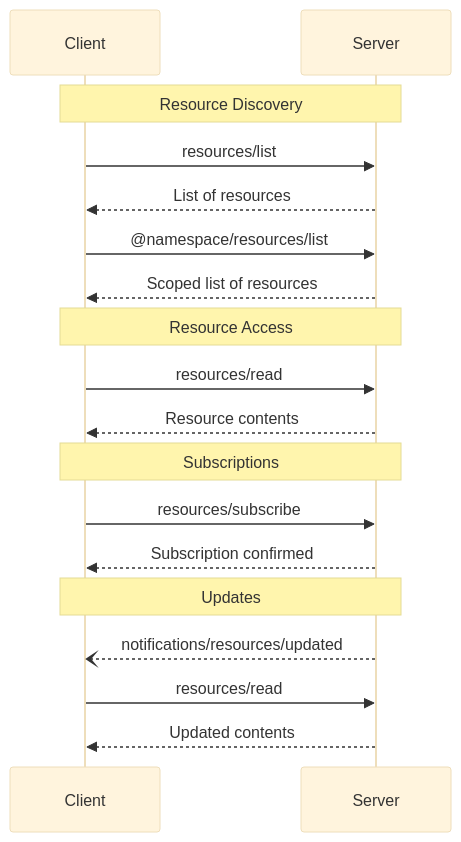
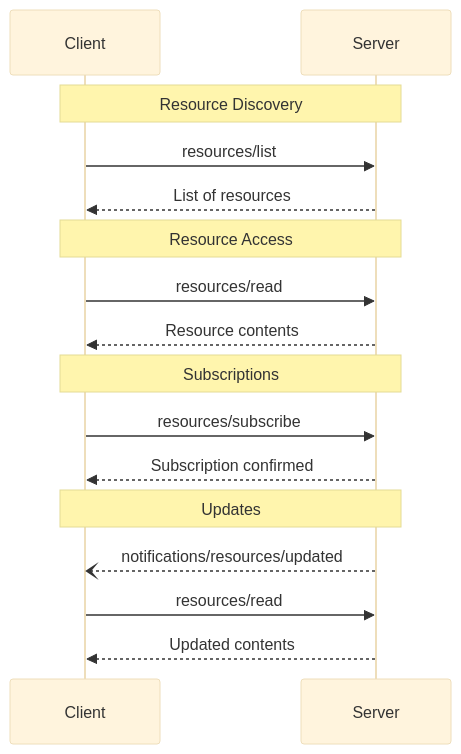
Before and after one commit to modelcontextprotocol/specification: the diagram in docs/specification/2025-03-26/server/resources.mdx, drawn with Mermaid (base theme). The commit also changed 1 other file, not shown here.

````diff
--- a/docs/specification/2025-03-26/server/resources.mdx
+++ b/docs/specification/2025-03-26/server/resources.mdx
@@ -237,24 +237,22 @@
 ```mermaid
 sequenceDiagram
     participant Client
     participant Server
 
     Note over Client,Server: Resource Discovery
     Client->>Server: resources/list
     Server-->>Client: List of resources
-    Client->>Server: @namespace/resources/list
-    Server-->>Client: Scoped list of resources
 
     Note over Client,Server: Resource Access
     Client->>Server: resources/read
     Server-->>Client: Resource contents
 
     Note over Client,Server: Subscriptions
     Client->>Server: resources/subscribe
     Server-->>Client: Subscription confirmed
 
     Note over Client,Server: Updates
     Server--)Client: notifications/resources/updated
     Client->>Server: resources/read
     Server-->>Client: Updated contents
 ```
````
